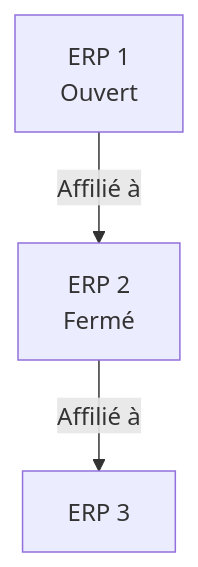
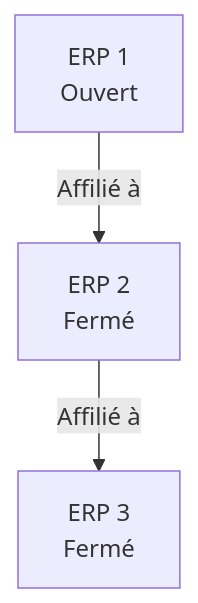
Before and after one commit to sigagglocompiegne/erp: the fourth of 5 diagrams in doc/doc_fonc_bd_erp.md, drawn with Mermaid.

````diff
--- a/doc/doc_fonc_bd_erp.md
+++ b/doc/doc_fonc_bd_erp.md
@@ -108,5 +108,5 @@
 ```mermaid
 graph TD
     ERP1[ERP 1<br>Ouvert] -->|Affilié à| ERP2[ERP 2<br>Fermé]
-    ERP2 -->|Affilié à| ERP3[ERP 3]
+    ERP2 -->|Affilié à| ERP3[ERP 3<br>Fermé]
 ```
````
